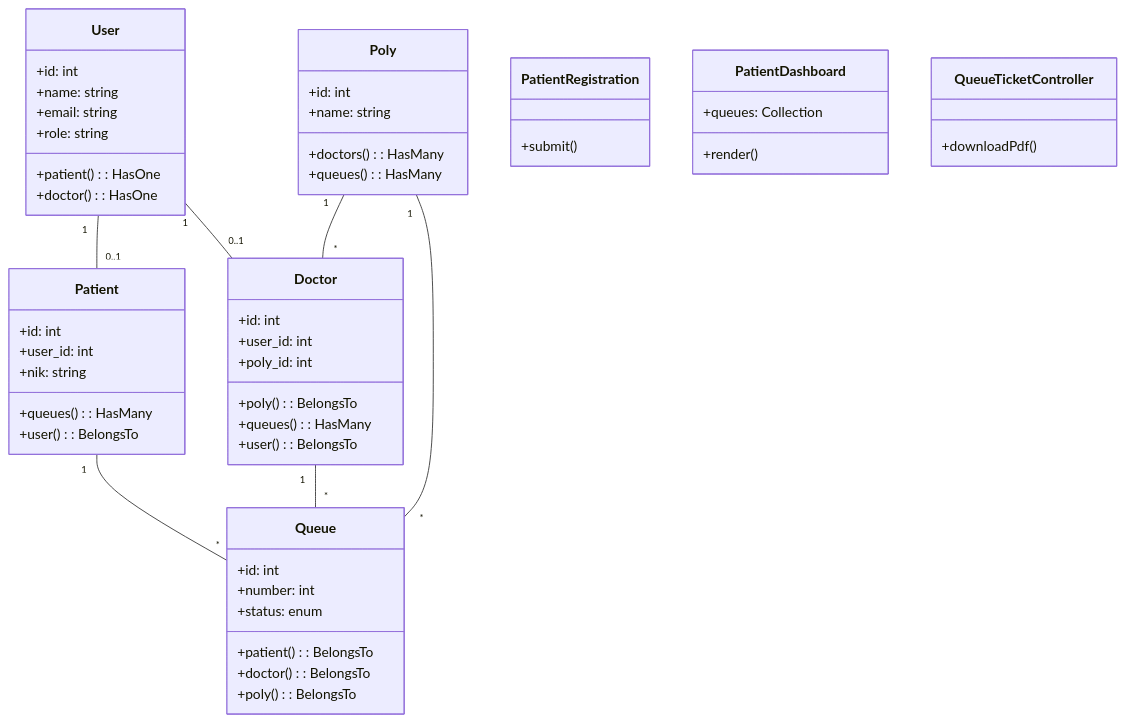
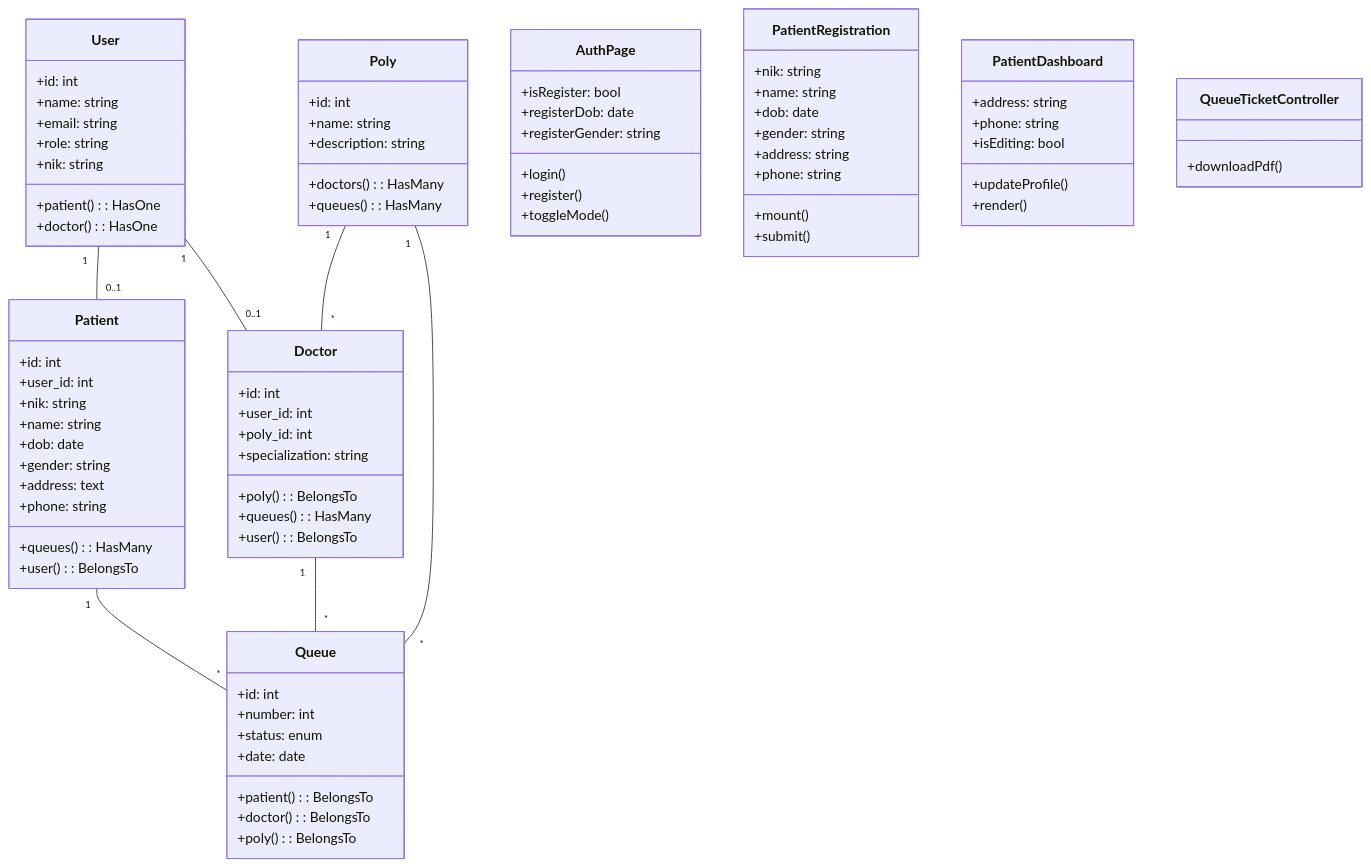
The fifth of 5 diagrams in system_design.md (iqsanazhr/Puskesmas-Pendaftaran-dan-antrian), drawn with Mermaid before and after one commit. The commit also changed 12 other files, not shown here.

```diff
--- a/system_design.md
+++ b/system_design.md
@@ -193,6 +193,7 @@
         +name: string
         +email: string
         +role: string
+        +nik: string
         +patient(): HasOne
         +doctor(): HasOne
     }
@@ -201,6 +202,11 @@
         +id: int
         +user_id: int
         +nik: string
+        +name: string
+        +dob: date
+        +gender: string
+        +address: text
+        +phone: string
         +queues(): HasMany
         +user(): BelongsTo
     }
@@ -209,6 +215,7 @@
         +id: int
         +user_id: int
         +poly_id: int
+        +specialization: string
         +poly(): BelongsTo
         +queues(): HasMany
         +user(): BelongsTo
@@ -217,6 +224,7 @@
     class Poly {
         +id: int
         +name: string
+        +description: string
         +doctors(): HasMany
         +queues(): HasMany
     }
@@ -225,17 +233,37 @@
         +id: int
         +number: int
         +status: enum
+        +date: date
         +patient(): BelongsTo
         +doctor(): BelongsTo
         +poly(): BelongsTo
     }
 
+    class AuthPage {
+        +isRegister: bool
+        +registerDob: date
+        +registerGender: string
+        +login()
+        +register()
+        +toggleMode()
+    }
+
     class PatientRegistration {
+        +nik: string
+        +name: string
+        +dob: date
+        +gender: string
+        +address: string
+        +phone: string
+        +mount()
         +submit()
     }
 
     class PatientDashboard {
-        +queues: Collection
+        +address: string
+        +phone: string
+        +isEditing: bool
+        +updateProfile()
         +render()
     }
 
```
